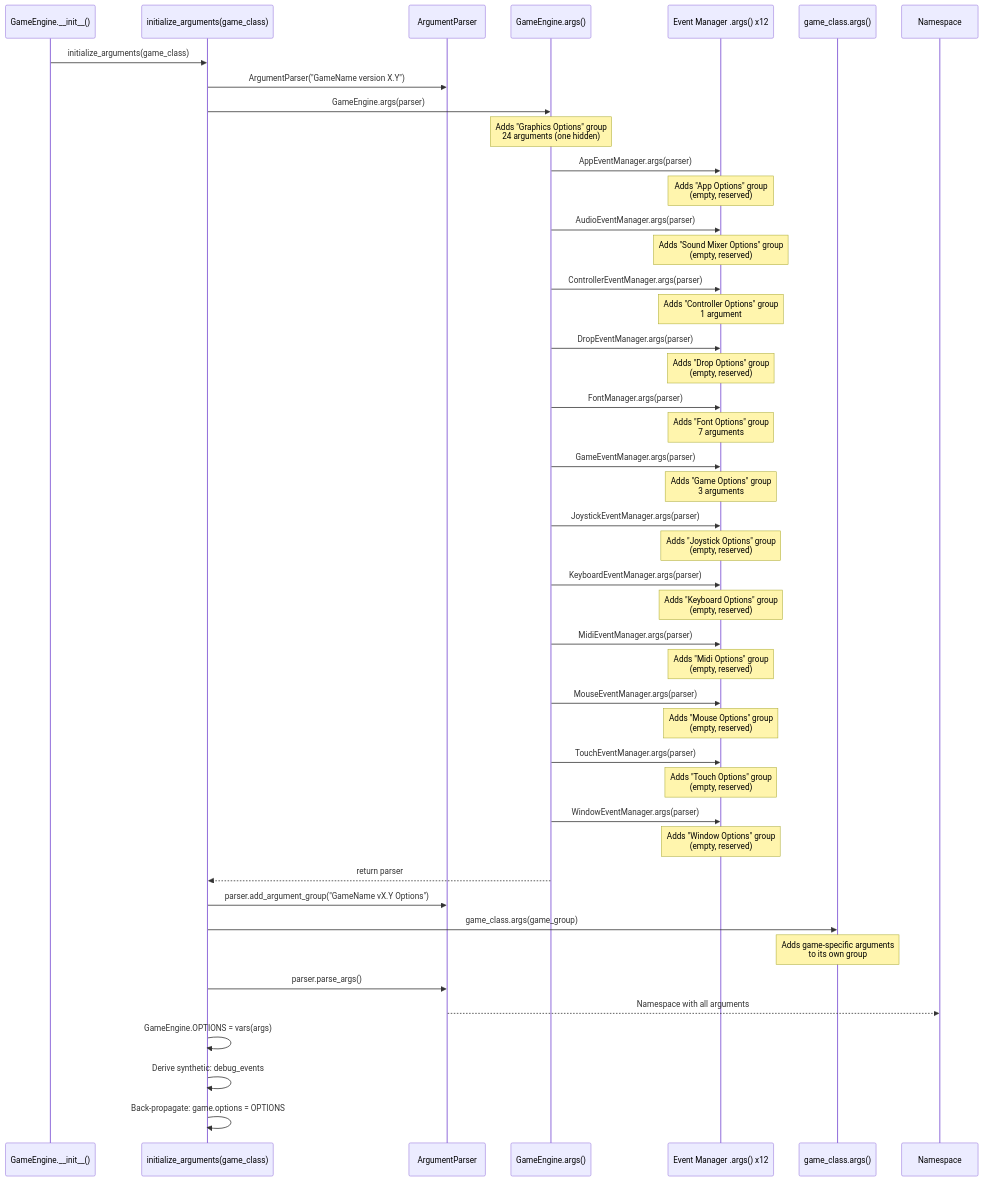
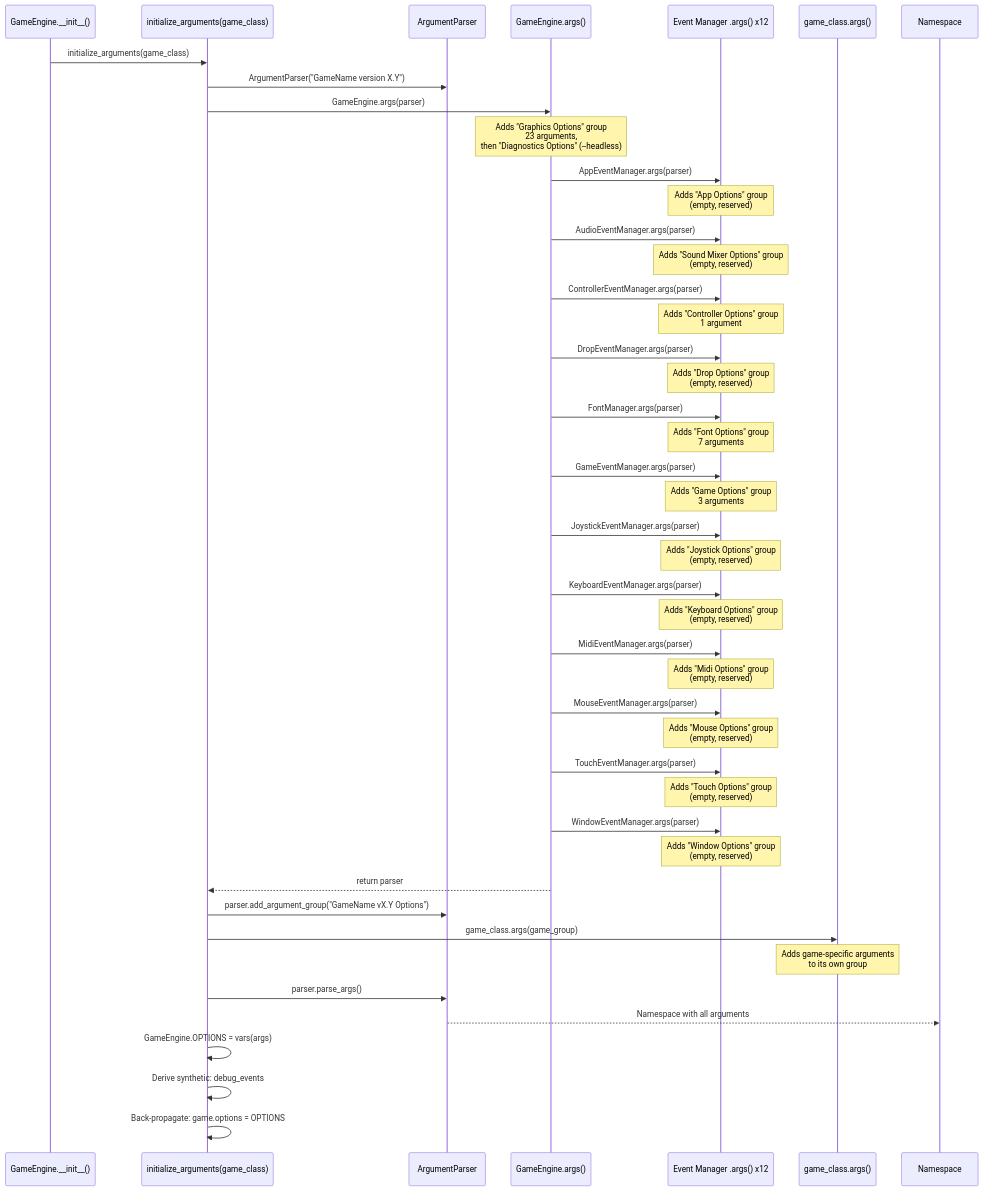
One commit to terrysimons/glitchygames changed the first of 4 diagrams in docs/architecture/argument_system.md. Above: the diagram before and after it, drawn with Mermaid. The commit also changed other lines of this file and 8 other files, not shown here.

````diff
--- a/docs/architecture/argument_system.md
+++ b/docs/architecture/argument_system.md
@@ -13,64 +13,64 @@
 ```mermaid
 sequenceDiagram
     participant GE as GameEngine.__init__()
     participant IA as initialize_arguments(game_class)
     participant AP as ArgumentParser
     participant ENGINE as GameEngine.args()
     participant MGR as Event Manager .args() x12
     participant GAME as game_class.args()
     participant NS as Namespace
 
     GE->>IA: initialize_arguments(game_class)
     IA->>AP: ArgumentParser("GameName version X.Y")
     IA->>ENGINE: GameEngine.args(parser)
 
-    Note over ENGINE: Adds "Graphics Options" group<br/>24 arguments (one hidden)
+    Note over ENGINE: Adds "Graphics Options" group<br/>23 arguments,<br/>then "Diagnostics Options" (--headless)
 
     ENGINE->>MGR: AppEventManager.args(parser)
     Note over MGR: Adds "App Options" group<br/>(empty, reserved)
 
     ENGINE->>MGR: AudioEventManager.args(parser)
     Note over MGR: Adds "Sound Mixer Options" group<br/>(empty, reserved)
 
     ENGINE->>MGR: ControllerEventManager.args(parser)
     Note over MGR: Adds "Controller Options" group<br/>1 argument
 
     ENGINE->>MGR: DropEventManager.args(parser)
     Note over MGR: Adds "Drop Options" group<br/>(empty, reserved)
 
     ENGINE->>MGR: FontManager.args(parser)
     Note over MGR: Adds "Font Options" group<br/>7 arguments
 
     ENGINE->>MGR: GameEventManager.args(parser)
     Note over MGR: Adds "Game Options" group<br/>3 arguments
 
     ENGINE->>MGR: JoystickEventManager.args(parser)
     Note over MGR: Adds "Joystick Options" group<br/>(empty, reserved)
 
     ENGINE->>MGR: KeyboardEventManager.args(parser)
     Note over MGR: Adds "Keyboard Options" group<br/>(empty, reserved)
 
     ENGINE->>MGR: MidiEventManager.args(parser)
     Note over MGR: Adds "Midi Options" group<br/>(empty, reserved)
 
     ENGINE->>MGR: MouseEventManager.args(parser)
     Note over MGR: Adds "Mouse Options" group<br/>(empty, reserved)
 
     ENGINE->>MGR: TouchEventManager.args(parser)
     Note over MGR: Adds "Touch Options" group<br/>(empty, reserved)
 
     ENGINE->>MGR: WindowEventManager.args(parser)
     Note over MGR: Adds "Window Options" group<br/>(empty, reserved)
 
     ENGINE-->>IA: return parser
 
     IA->>AP: parser.add_argument_group("GameName vX.Y Options")
     IA->>GAME: game_class.args(game_group)
     Note over GAME: Adds game-specific arguments<br/>to its own group
 
     IA->>AP: parser.parse_args()
     AP-->>NS: Namespace with all arguments
     IA->>IA: GameEngine.OPTIONS = vars(args)
     IA->>IA: Derive synthetic: debug_events
     IA->>IA: Back-propagate: game.options = OPTIONS
 ```
````
